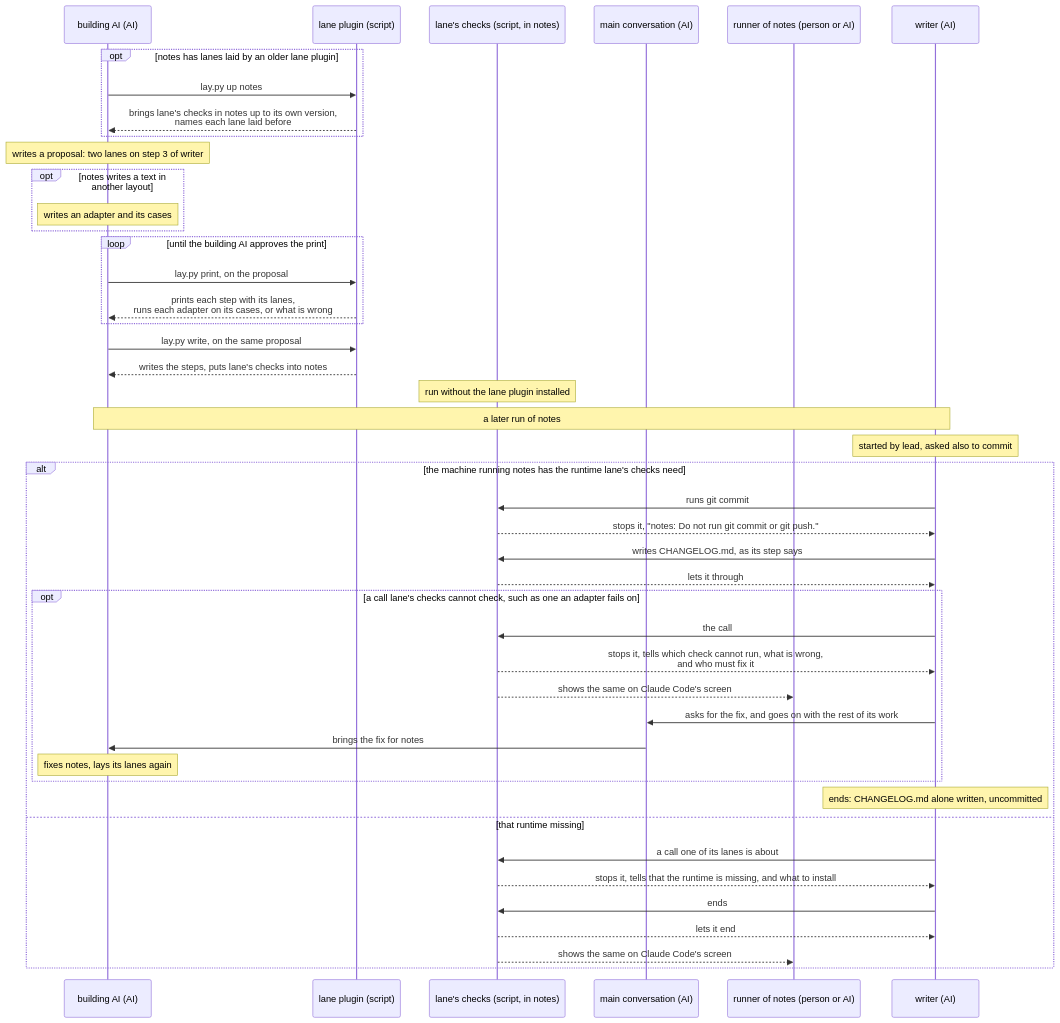
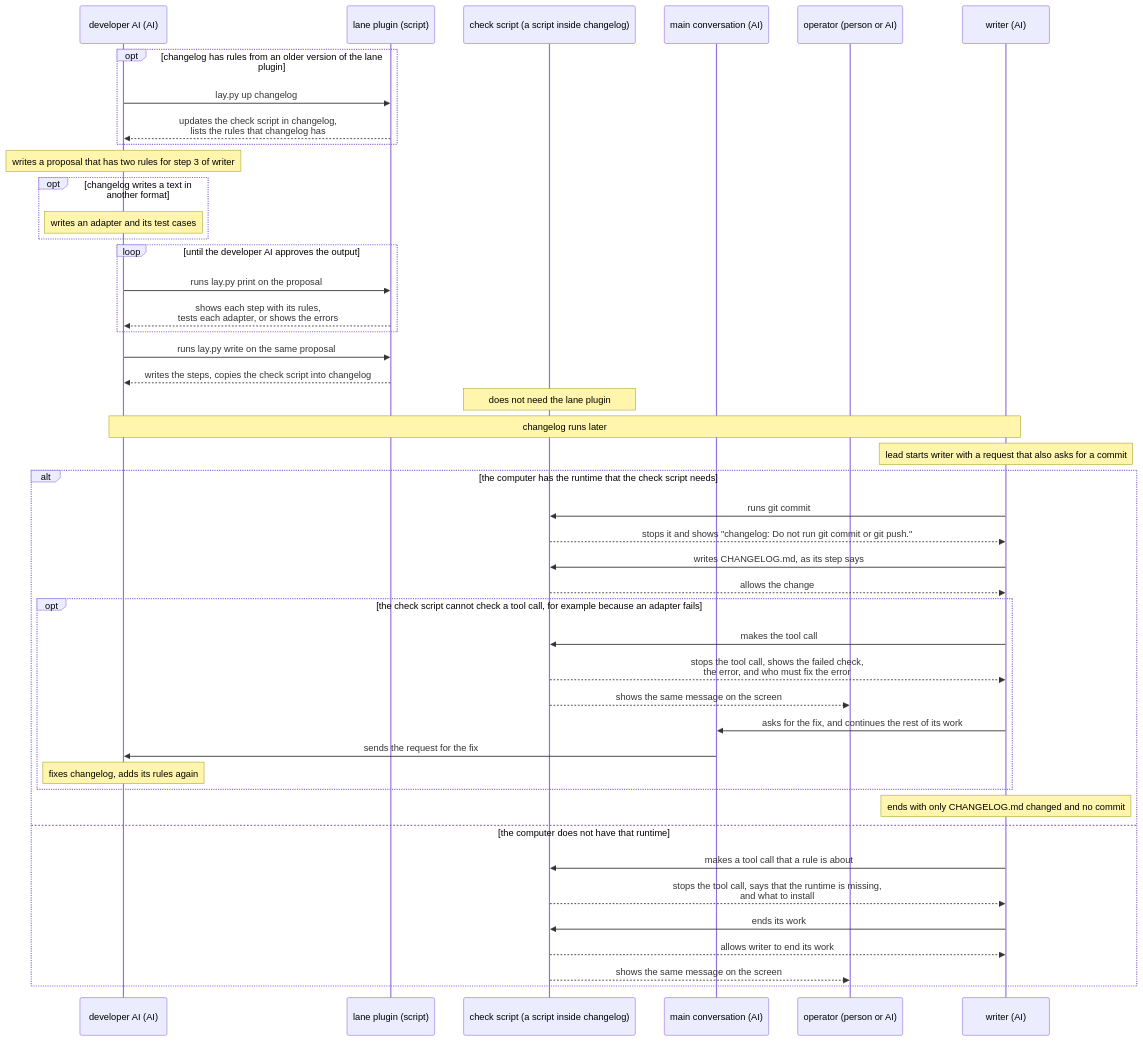
One commit to lovaizu/ccpm changed the first of 2 diagrams in dev/lane/ux.md. Above: the diagram before and after it, drawn with Mermaid. The commit also changed other lines of this file, not shown here.

First line of the commit message:
Rewrite lane's UX so that a machine translation keeps its meaning

````diff
--- a/dev/lane/ux.md
+++ b/dev/lane/ux.md
@@ -87,47 +97,47 @@
 ```mermaid
 sequenceDiagram
-  participant A as building AI (AI)
+  participant A as developer AI (AI)
   participant L as lane plugin (script)
-  participant K as lane's checks (script, in notes)
+  participant K as check script (a script inside changelog)
   participant M as main conversation (AI)
-  participant U as runner of notes (person or AI)
+  participant U as operator (person or AI)
   participant W as writer (AI)
-  opt notes has lanes laid by an older lane plugin
-    A->>L: lay.py up notes
-    L-->>A: brings lane's checks in notes up to its own version,<br>names each lane laid before
+  opt changelog has rules from an older version of the lane plugin
+    A->>L: lay.py up changelog
+    L-->>A: updates the check script in changelog,<br>lists the rules that changelog has
   end
-  Note over A: writes a proposal: two lanes on step 3 of writer
-  opt notes writes a text in another layout
-    Note over A: writes an adapter and its cases
+  Note over A: writes a proposal that has two rules for step 3 of writer
+  opt changelog writes a text in another format
+    Note over A: writes an adapter and its test cases
   end
-  loop until the building AI approves the print
-    A->>L: lay.py print, on the proposal
-    L-->>A: prints each step with its lanes,<br>runs each adapter on its cases, or what is wrong
+  loop until the developer AI approves the output
+    A->>L: runs lay.py print on the proposal
+    L-->>A: shows each step with its rules,<br>tests each adapter, or shows the errors
   end
-  A->>L: lay.py write, on the same proposal
-  L-->>A: writes the steps, puts lane's checks into notes
-  Note over K: run without the lane plugin installed
-  Note over A,W: a later run of notes
-  Note over W: started by lead, asked also to commit
-  alt the machine running notes has the runtime lane's checks need
+  A->>L: runs lay.py write on the same proposal
+  L-->>A: writes the steps, copies the check script into changelog
+  Note over K: does not need the lane plugin
+  Note over A,W: changelog runs later
+  Note over W: lead starts writer with a request that also asks for a commit
+  alt the computer has the runtime that the check script needs
     W->>K: runs git commit
-    K-->>W: stops it, "notes: Do not run git commit or git push."
+    K-->>W: stops it and shows "changelog: Do not run git commit or git push."
     W->>K: writes CHANGELOG.md, as its step says
-    K-->>W: lets it through
-    opt a call lane's checks cannot check, such as one an adapter fails on
-      W->>K: the call
-      K-->>W: stops it, tells which check cannot run, what is wrong,<br>and who must fix it
-      K-->>U: shows the same on Claude Code's screen
-      W->>M: asks for the fix, and goes on with the rest of its work
-      M->>A: brings the fix for notes
-      Note over A: fixes notes, lays its lanes again
+    K-->>W: allows the change
+    opt the check script cannot check a tool call, for example because an adapter fails
+      W->>K: makes the tool call
+      K-->>W: stops the tool call, shows the failed check,<br>the error, and who must fix the error
+      K-->>U: shows the same message on the screen
+      W->>M: asks for the fix, and continues the rest of its work
+      M->>A: sends the request for the fix
+      Note over A: fixes changelog, adds its rules again
     end
-    Note over W: ends: CHANGELOG.md alone written, uncommitted
-  else that runtime missing
-    W->>K: a call one of its lanes is about
-    K-->>W: stops it, tells that the runtime is missing, and what to install
-    W->>K: ends
-    K-->>W: lets it end
-    K-->>U: shows the same on Claude Code's screen
+    Note over W: ends with only CHANGELOG.md changed and no commit
+  else the computer does not have that runtime
+    W->>K: makes a tool call that a rule is about
+    K-->>W: stops the tool call, says that the runtime is missing,<br>and what to install
+    W->>K: ends its work
+    K-->>W: allows writer to end its work
+    K-->>U: shows the same message on the screen
   end
 ```
````
